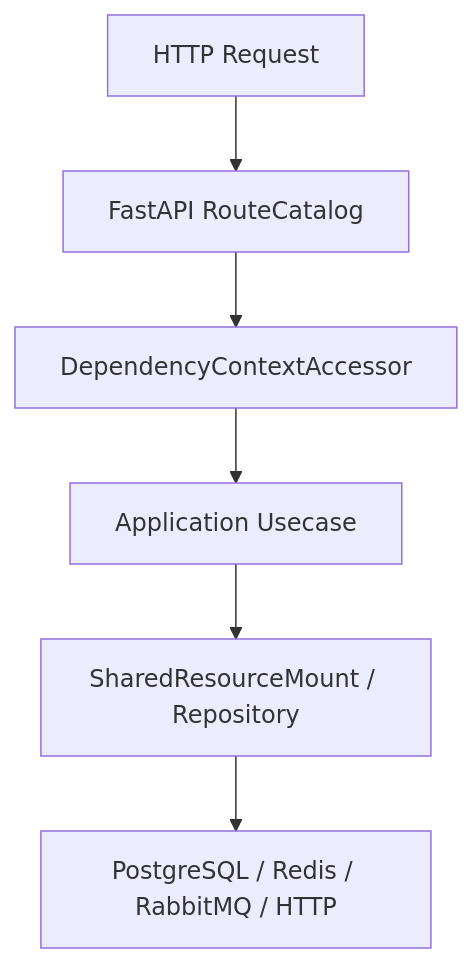
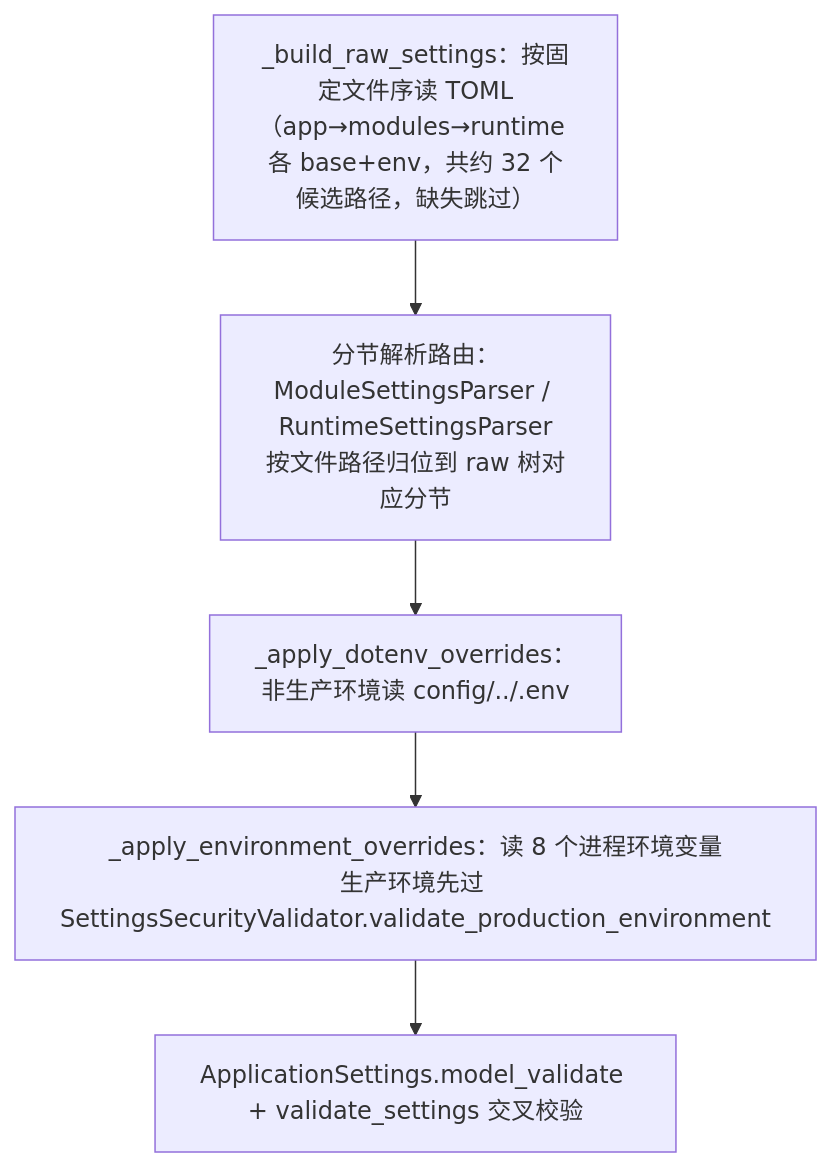
The diagram in docs/project_manual/04_infrastructure/configuration_system.md (1nuo123/python-web-fastapi), drawn with Mermaid before and after one commit. The commit also changed other lines of this file and 304 other files, not shown here.

````diff
--- a/docs/project_manual/04_infrastructure/configuration_system.md
+++ b/docs/project_manual/04_infrastructure/configuration_system.md
@@ -39,8 +18,7 @@
 ```mermaid
 flowchart TD
-    A["HTTP Request"] --> B["FastAPI RouteCatalog"]
-    B --> C["DependencyContextAccessor"]
-    C --> D["Application Usecase"]
-    D --> E["SharedResourceMount / Repository"]
-    E --> F["PostgreSQL / Redis / RabbitMQ / HTTP"]
+    A["_build_raw_settings：按固定文件序读 TOML<br/>（app→modules→runtime 各 base+env，共约 32 个候选路径，缺失跳过）"] --> B["分节解析路由：ModuleSettingsParser / RuntimeSettingsParser<br/>按文件路径归位到 raw 树对应分节"]
+    B --> C["_apply_dotenv_overrides：非生产环境读 config/../.env"]
+    C --> D["_apply_environment_overrides：读 8 个进程环境变量<br/>生产环境先过 SettingsSecurityValidator.validate_production_environment"]
+    D --> E["ApplicationSettings.model_validate + validate_settings 交叉校验"]
 ```
````
